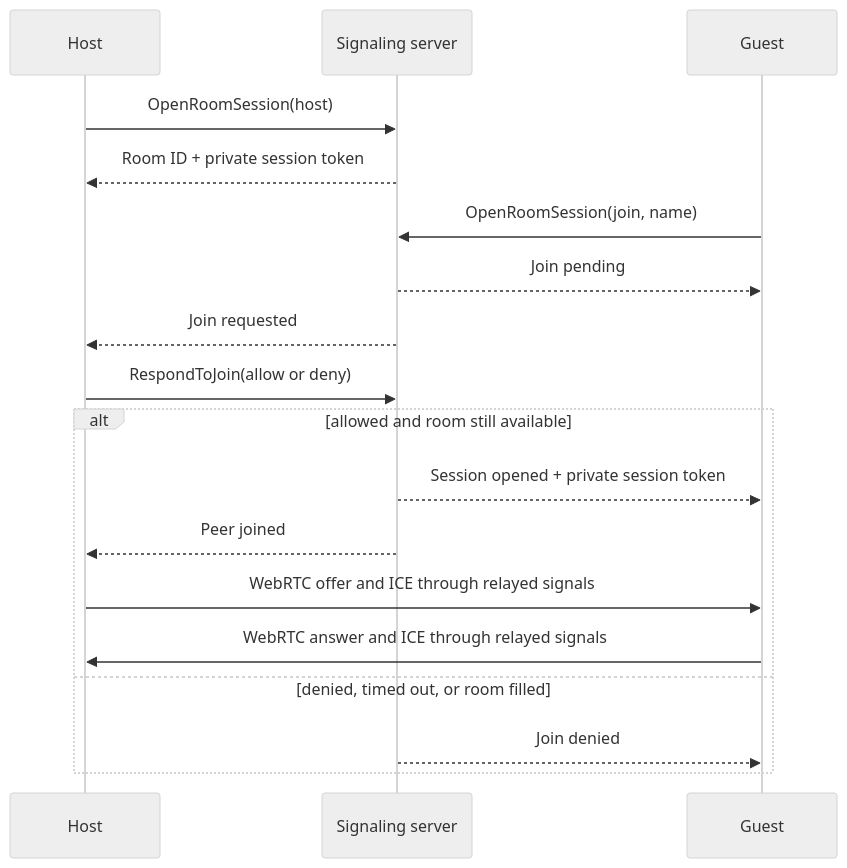
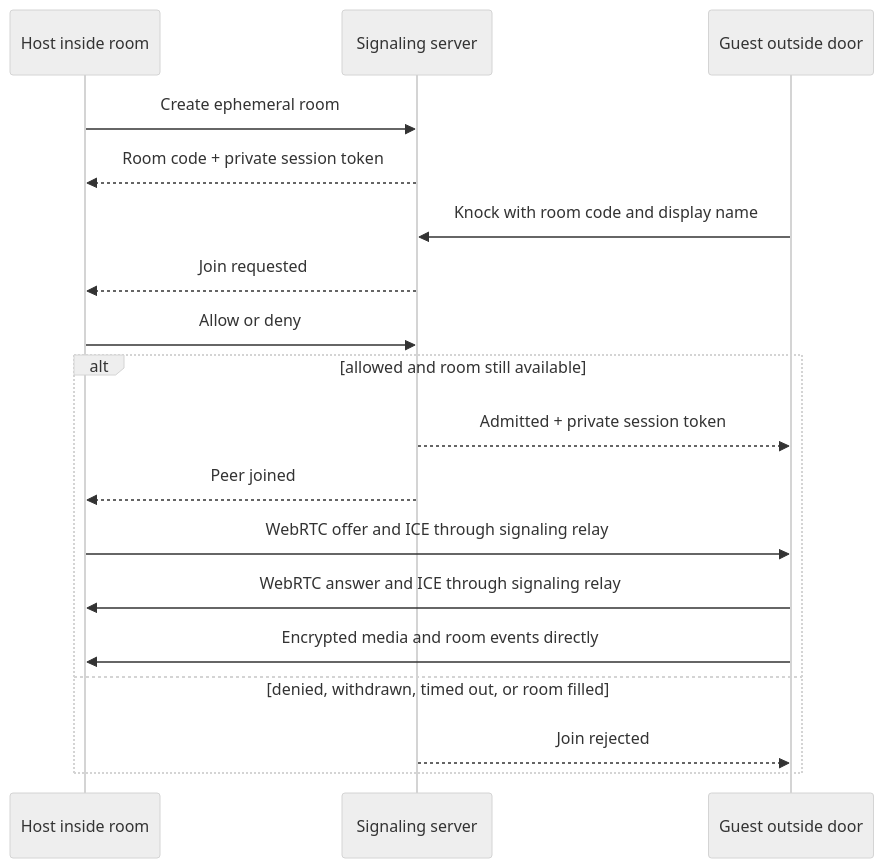
The third of 3 diagrams in README.md (nikhilsnayak/tether), drawn with Mermaid (neutral theme) before and after one commit. The commit also changed other lines of this file and 21 other files, not shown here.

````diff
--- a/README.md
+++ b/README.md
@@ -70,21 +129,21 @@
 ```mermaid
 sequenceDiagram
-    participant H as Host
+    participant H as Host inside room
     participant S as Signaling server
-    participant G as Guest
+    participant G as Guest outside door
 
-    H->>S: OpenRoomSession(host)
-    S-->>H: Room ID + private session token
-    G->>S: OpenRoomSession(join, name)
-    S-->>G: Join pending
+    H->>S: Create ephemeral room
+    S-->>H: Room code + private session token
+    G->>S: Knock with room code and display name
     S-->>H: Join requested
-    H->>S: RespondToJoin(allow or deny)
+    H->>S: Allow or deny
     alt allowed and room still available
-        S-->>G: Session opened + private session token
+        S-->>G: Admitted + private session token
         S-->>H: Peer joined
-        H->>G: WebRTC offer and ICE through relayed signals
-        G->>H: WebRTC answer and ICE through relayed signals
-    else denied, timed out, or room filled
-        S-->>G: Join denied
+        H->>G: WebRTC offer and ICE through signaling relay
+        G->>H: WebRTC answer and ICE through signaling relay
+        G->>H: Encrypted media and room events directly
+    else denied, withdrawn, timed out, or room filled
+        S-->>G: Join rejected
     end
 ```
````
